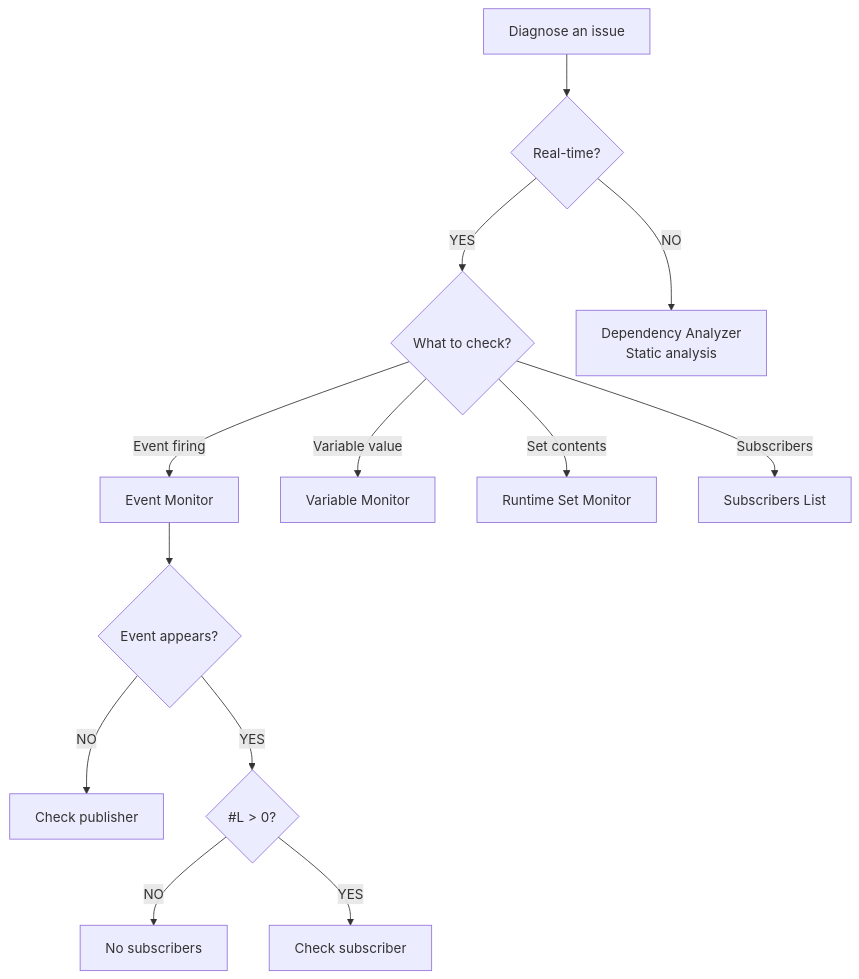
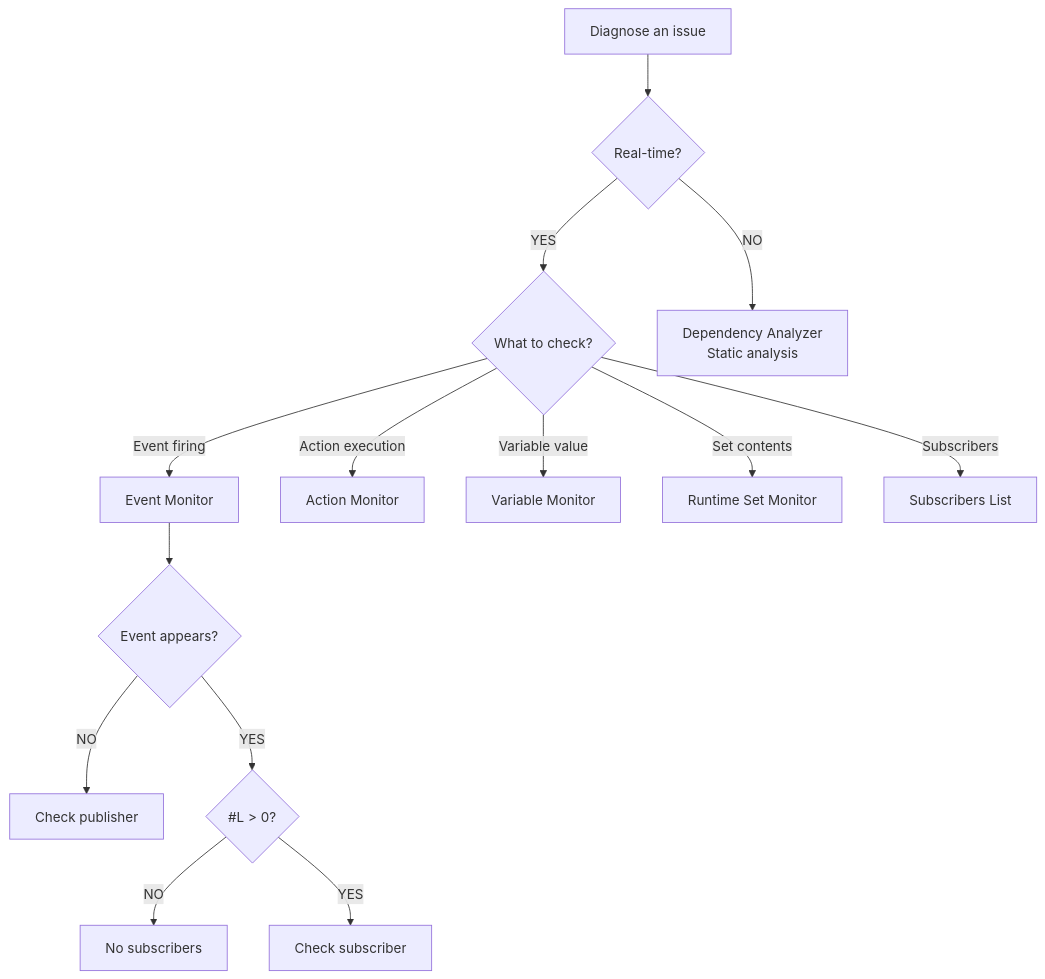
One commit to tang3cko/ReactiveSO-docs changed the diagram in en/debugging/index.md. Above: the diagram before and after it, drawn with Mermaid. The commit also changed other lines of this file and 16 other files, not shown here.

````diff
--- a/en/debugging/index.md
+++ b/en/debugging/index.md
@@ -36,17 +37,18 @@
 ```mermaid
 graph TB
     A["Diagnose an issue"] --> B{"Real-time?"}
     B -->|YES| C{"What to check?"}
     B -->|NO| D["Dependency Analyzer<br/>Static analysis"]
 
     C -->|Event firing| E["Event Monitor"]
+    C -->|Action execution| J["Action Monitor"]
     C -->|Variable value| F["Variable Monitor"]
     C -->|Set contents| G["Runtime Set Monitor"]
     C -->|Subscribers| H["Subscribers List"]
 
     E --> I{"Event appears?"}
-    I -->|NO| J["Check publisher"]
-    I -->|YES| K{"#L > 0?"}
-    K -->|NO| L["No subscribers"]
-    K -->|YES| M["Check subscriber"]
+    I -->|NO| K["Check publisher"]
+    I -->|YES| L{"#L > 0?"}
+    L -->|NO| M["No subscribers"]
+    L -->|YES| N["Check subscriber"]
 ```
````
